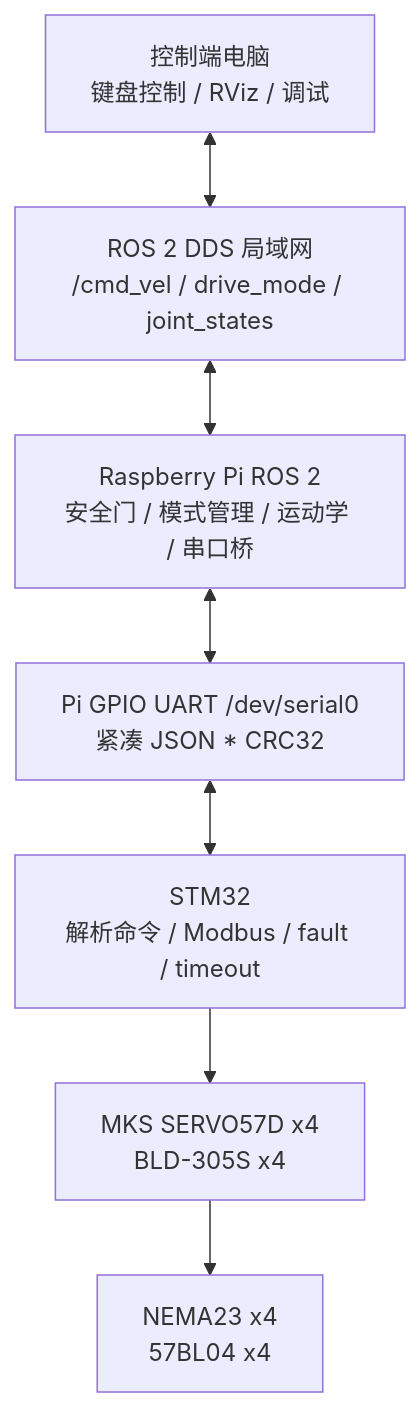
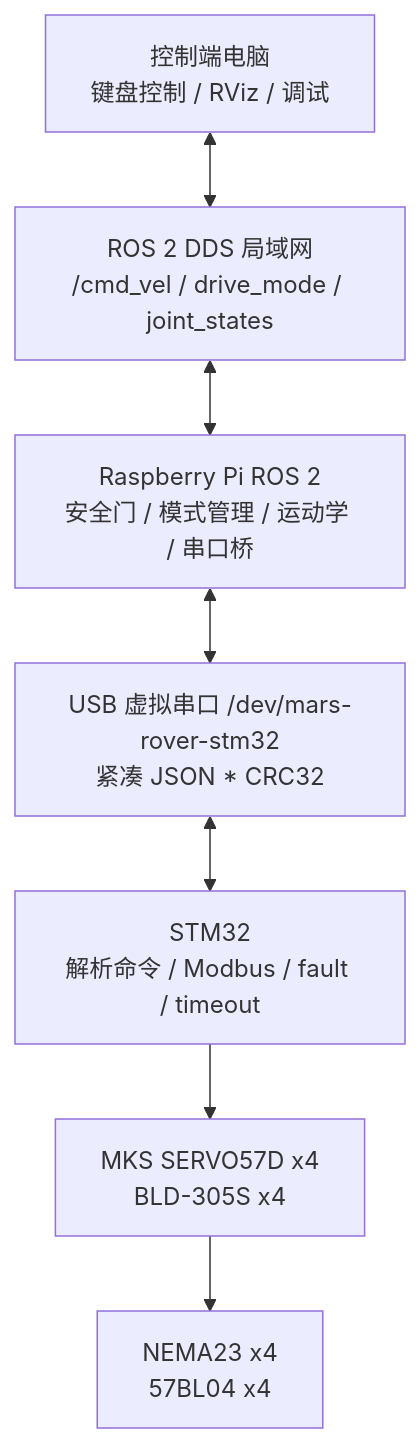
The first of 2 diagrams in docs/火星车ROS2项目汇报提纲.md (lixiang-moss/rover), drawn with Mermaid before and after one commit. The commit also changed other lines of this file and 46 other files, not shown here.

````diff
--- a/docs/火星车ROS2项目汇报提纲.md
+++ b/docs/火星车ROS2项目汇报提纲.md
@@ -329,17 +329,17 @@
 ```mermaid
 flowchart TB
     PC["控制端电脑\n键盘控制 / RViz / 调试"]
     DDS["ROS 2 DDS 局域网\n/cmd_vel / drive_mode / joint_states"]
     PI["Raspberry Pi ROS 2\n安全门 / 模式管理 / 运动学 / 串口桥"]
-    UART["Pi GPIO UART /dev/serial0\n紧凑 JSON * CRC32"]
+    UART["USB 虚拟串口 /dev/mars-rover-stm32\n紧凑 JSON * CRC32"]
     STM["STM32\n解析命令 / Modbus / fault / timeout"]
     Driver["MKS SERVO57D x4\nBLD-305S x4"]
     Motor["NEMA23 x4\n57BL04 x4"]
 
     PC <--> DDS
     DDS <--> PI
     PI <--> UART
     UART <--> STM
     STM --> Driver
     Driver --> Motor
 ```
````
